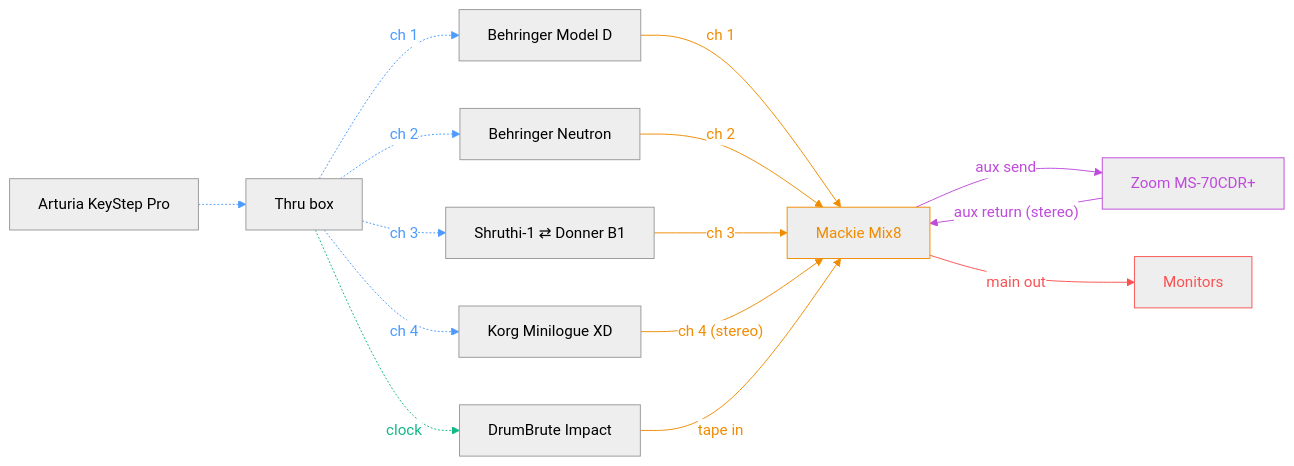
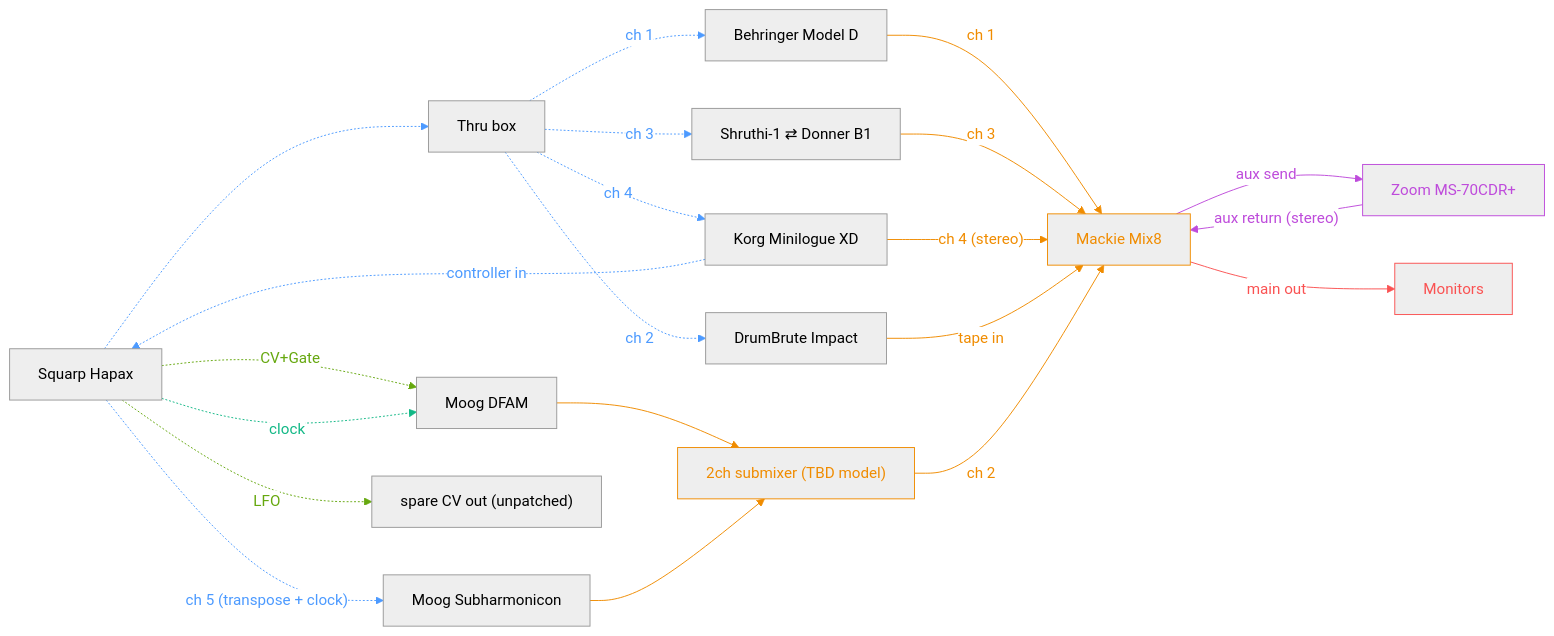
One commit to saponace/synth-setup changed the diagram in README.md. Above: the diagram before and after it, drawn with Mermaid. The commit also changed other lines of this file, not shown here.

````diff
--- a/README.md
+++ b/README.md
@@ -1,55 +1,69 @@
 ```mermaid
 ---
 config:
   theme: neutral
 ---
 flowchart LR
     %% ----- One color per connection group -----
     classDef midi stroke:#4c9aff,color:#4c9aff
     classDef clock stroke:#12b886,color:#12b886
+    classDef cv stroke:#66a80f,color:#66a80f
     classDef mixer stroke:#f08c00,color:#f08c00
     classDef fx stroke:#be4bdb,color:#be4bdb
     classDef monitoring stroke:#fa5252,color:#fa5252
 
-    %% ===== MIDI control =====
-    KSP["Arturia KeyStep Pro"]
+    %% ===== Sequencer brain =====
+    HAPAX["Squarp Hapax"]
     SPLIT["Thru box"]
 
     %% ===== Synths =====
     MODELD["Behringer Model D"]
-    NEUTRON["Behringer Neutron"]
     SWAP["Shruthi-1 ⇄ Donner B1"]
     XD["Korg Minilogue XD"]
     DBI["DrumBrute Impact"]
+    DFAM["Moog DFAM"]
+    SUBH["Moog Subharmonicon"]
+    SPARECV["spare CV out (unpatched)"]
 
     %% ===== Mixer / send  =====
+    SUBMIX["2ch submixer (TBD model)"]:::mixer
     MIX["Mackie Mix8"]:::mixer
     ZOOM["Zoom MS-70CDR+"]:::fx
     MON["Monitors"]:::monitoring
 
     %% ----- MIDI links -----
-    KSP midi0@-.-> SPLIT
+    HAPAX midi0@-.-> SPLIT
     SPLIT midi1@-. "ch 1" .-> MODELD
-    SPLIT midi2@-. "ch 2" .-> NEUTRON
+    SPLIT midi2@-. "ch 2" .-> DBI
     SPLIT midi3@-. "ch 3" .-> SWAP
     SPLIT midi4@-. "ch 4" .-> XD
-    class midi0,midi1,midi2,midi3,midi4 midi
+    XD midi5@-. "controller in" .-> HAPAX
+    HAPAX midi6@-. "ch 5 (transpose + clock)" .-> SUBH
+    class midi0,midi1,midi2,midi3,midi4,midi5,midi6 midi
 
-    SPLIT clk@-. "clock" .-> DBI
-    class clk clock
+    %% ----- CV links (pitch/mod) -----
+    HAPAX cv1@-. "CV+Gate" .-> DFAM
+    HAPAX cv3@-. "LFO" .-> SPARECV
+    class cv1,cv3 cv
+
+    %% ----- Clock links -----
+    HAPAX clk1@-. "clock" .-> DFAM
+    class clk1 clock
 
     %% ----- Audio links -----
     MODELD audio1@-- "ch 1" --> MIX
-    NEUTRON audio2@-- "ch 2" --> MIX
-    SWAP audio3@-- "ch 3" --> MIX
-    XD audio4@-- "ch 4 (stereo)" --> MIX
-    DBI audio5@-- "tape in" --> MIX
-    class audio1,audio2,audio3,audio4,audio5 mixer
+    SWAP audio2@-- "ch 3" --> MIX
+    XD audio3@-- "ch 4 (stereo)" --> MIX
+    DBI audio4@-- "tape in" --> MIX
+    DFAM audio5@--> SUBMIX
+    SUBH audio6@--> SUBMIX
+    SUBMIX audio7@-- "ch 2" --> MIX
+    class audio1,audio2,audio3,audio4,audio5,audio6,audio7 mixer
 
     MIX fxSend@-- "aux send" --> ZOOM
     ZOOM fxReturn@-- "aux return (stereo)" --> MIX
     class fxSend,fxReturn fx
 
     MIX out@-- "main out" --> MON
     class out monitoring
 ```
````
